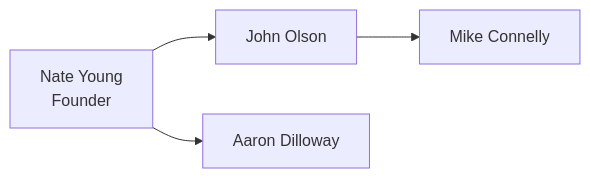
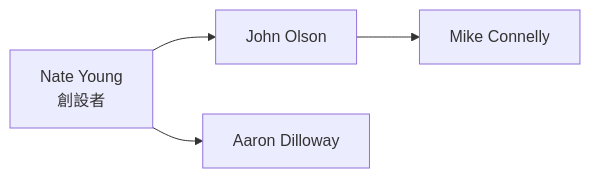
The first of 6 diagrams in en/_posts/2026-07-13-column-wolf-eyes.md (monumental-movement/monumental-movement.github.io), drawn with Mermaid before and after one commit. The commit also changed other lines of this file and 2196 other files, not shown here.

```diff
--- a/en/_posts/2026-07-13-column-wolf-eyes.md
+++ b/en/_posts/2026-07-13-column-wolf-eyes.md
@@ -242,7 +241,7 @@
 <div class="mermaid">
 graph LR
 
-A["Nate Young<br/>Founder"] --> B["John Olson"]
+A["Nate Young<br/>創設者"] --> B["John Olson"]
 A --> C["Aaron Dilloway"]
 B --> D["Mike Connelly"]
 </div>
```
